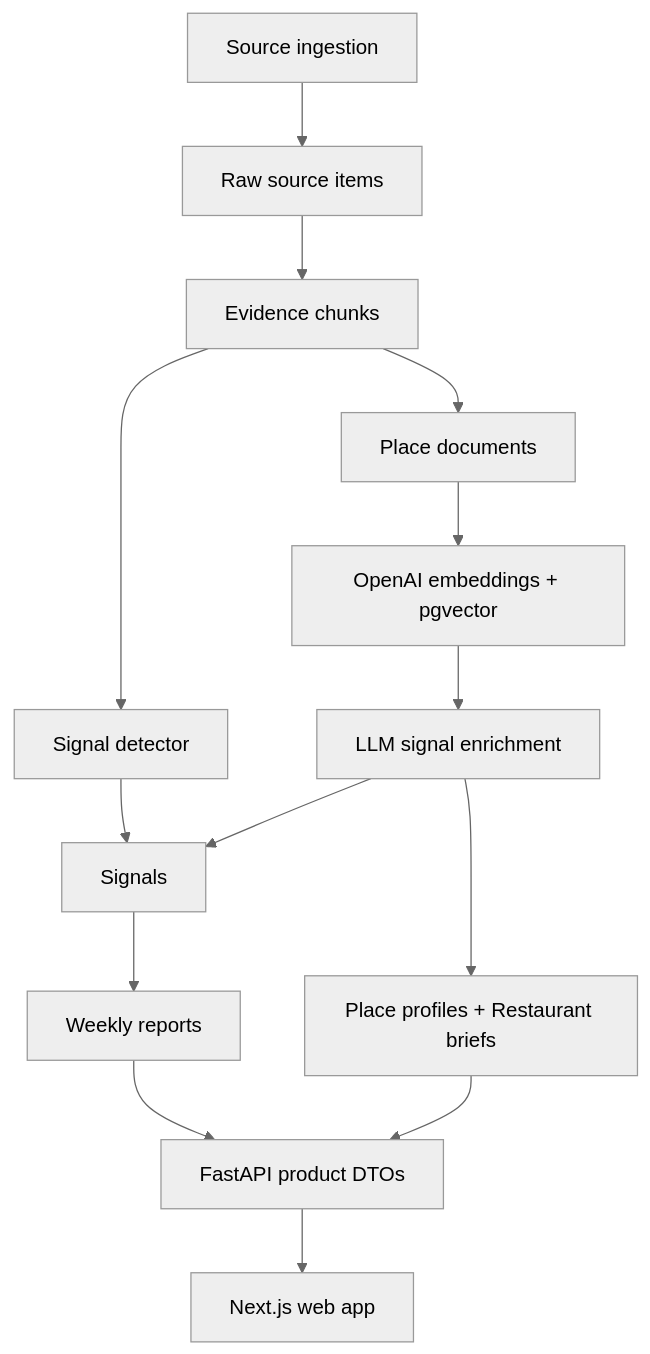
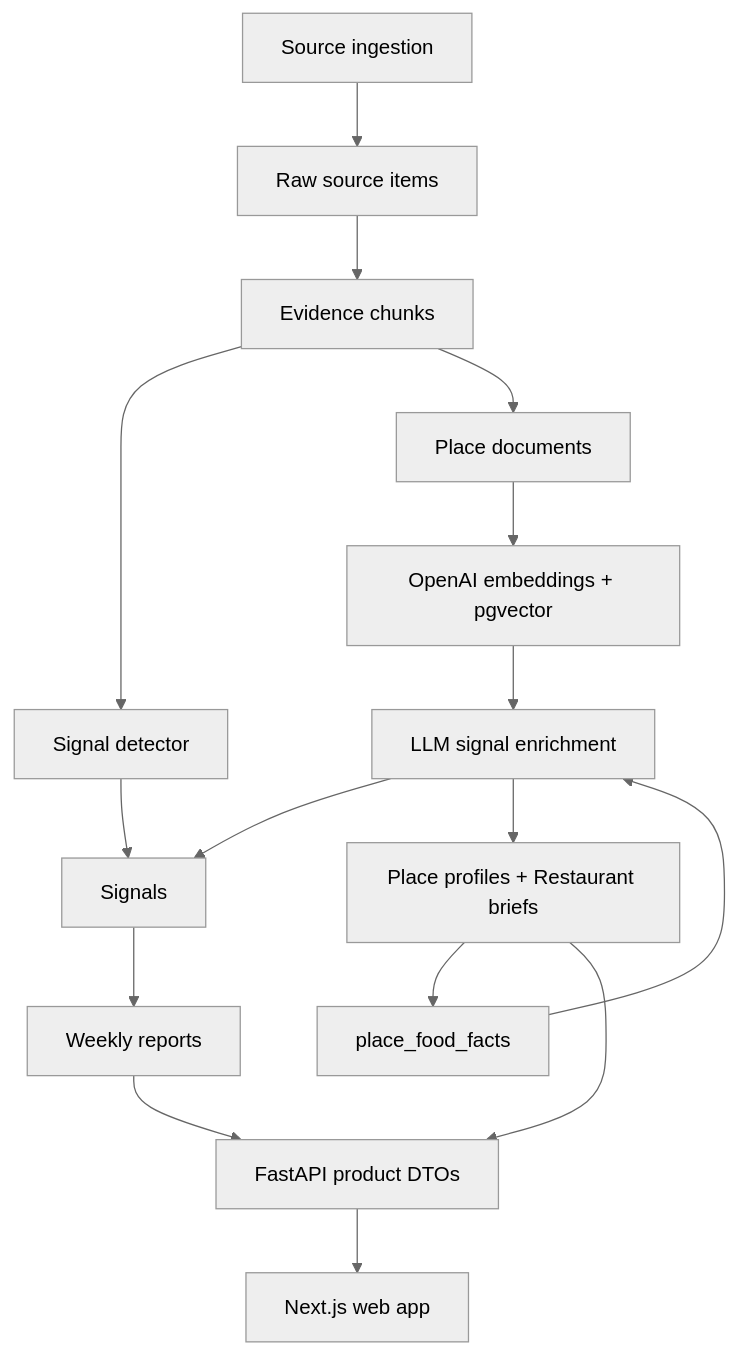
Before and after one commit to yangnyc1024/localsignal: the diagram in docs/architecture.md, drawn with Mermaid (neutral theme). The commit also changed other lines of this file and 9 other files, not shown here.

````diff
--- a/docs/architecture.md
+++ b/docs/architecture.md
@@ -16,16 +16,18 @@
 ```mermaid
 flowchart TD
   A["Source ingestion"] --> B["Raw source items"]
   B --> C["Evidence chunks"]
   C --> D["Signal detector"]
   D --> E["Signals"]
   C --> F["Place documents"]
   F --> G["OpenAI embeddings + pgvector"]
   G --> H["LLM signal enrichment"]
   H --> E
   H --> I["Place profiles + Restaurant briefs"]
+  I --> FF["place_food_facts"]
+  FF --> H
   E --> J["Weekly reports"]
   I --> K["FastAPI product DTOs"]
   J --> K
   K --> L["Next.js web app"]
 ```
````
